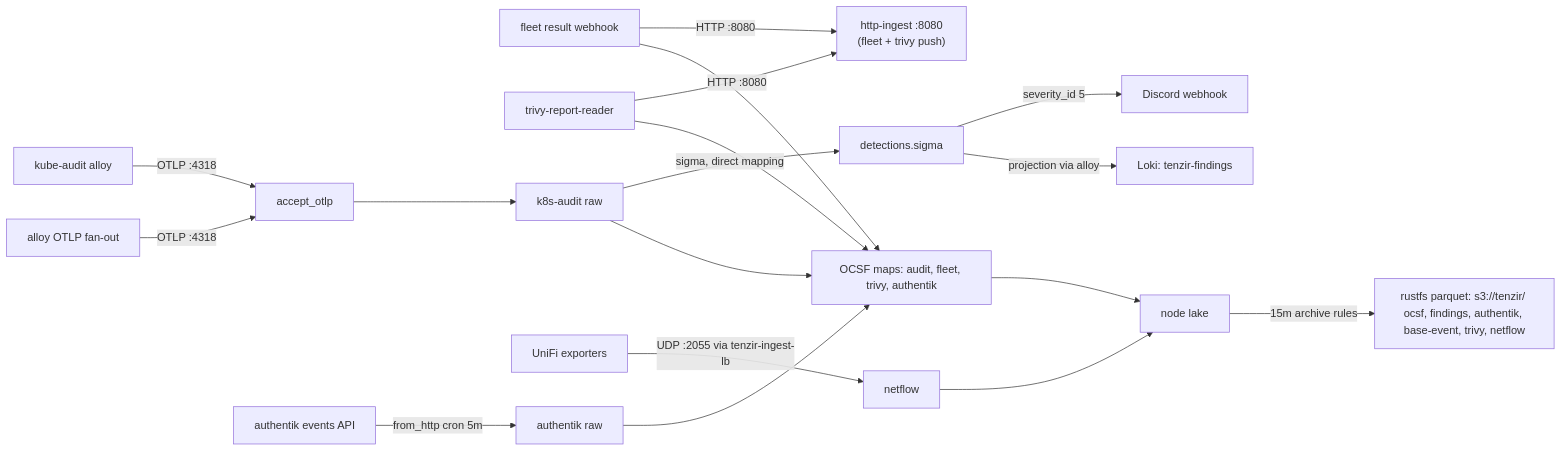
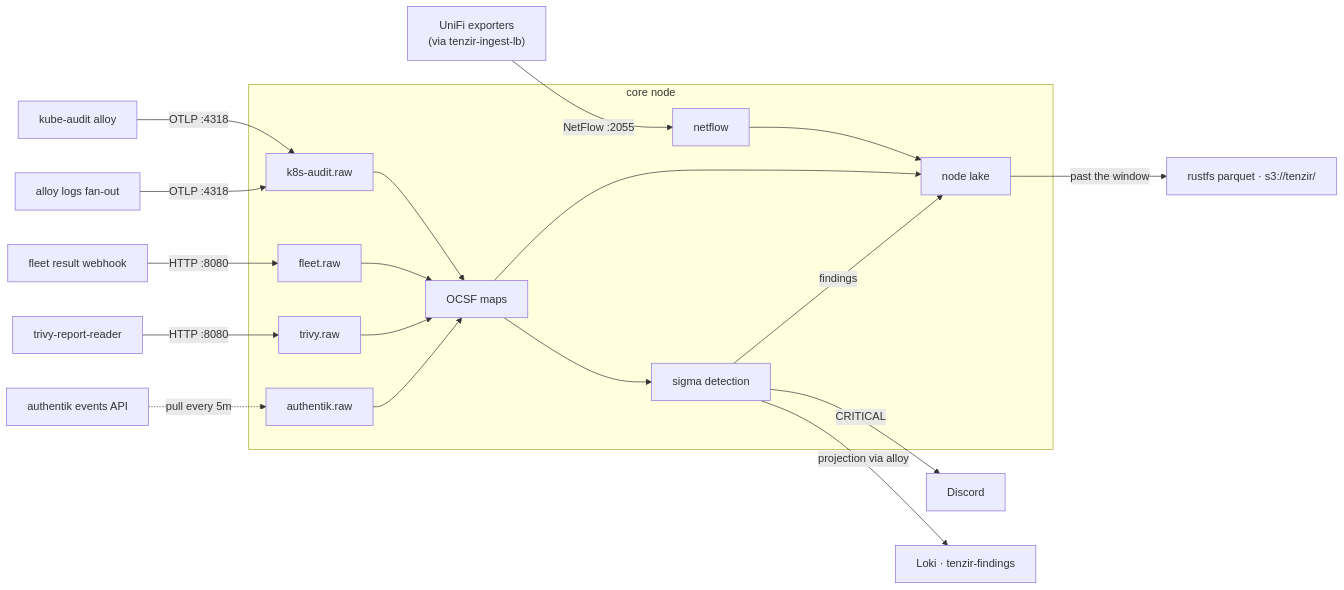
Before and after one commit to Apocrathia/homelab: the diagram in flux/manifests/03-services/observability/tenzir/core/README.md, drawn with Mermaid. The commit also changed other lines of this file and 2 other files, not shown here.

Commit message:
docs(observability): refine the tenzir diagrams
Root pattern chart redrawn to the target shape: parse -> OCSF -> sigma
(the detection restructure MR lands this), listener inside the node
boundary, plain Discord node, bare dashed platform edge, no doorbell
language. Core connectivity chart rewritten stage-linear: feeders with
ports into raw topics, OCSF maps -> sigma, lake and egress inside a core
node boundary. Math fences retagged python so the sizing arithmetic and
comments highlight.

````diff
--- a/flux/manifests/03-services/observability/tenzir/core/README.md
+++ b/flux/manifests/03-services/observability/tenzir/core/README.md
@@ -27,21 +27,24 @@
 ```mermaid
 flowchart LR
-    KAT[kube-audit alloy] -->|"OTLP :4318"| AO[accept_otlp]
-    ALY["alloy OTLP fan-out"] -->|"OTLP :4318"| AO
-    FRW["fleet result webhook"] -->|"HTTP :8080"| AH["http-ingest :8080<br/>(fleet + trivy push)"]
-    TRR[trivy-report-reader] -->|"HTTP :8080"| AH
-    AKE["authentik events API"] -->|"from_http cron 5m"| AR["authentik raw"]
-    UE["UniFi exporters"] -->|"UDP :2055 via tenzir-ingest-lb"| NF[netflow]
+    KAT["kube-audit alloy"] -->|"OTLP :4318"| AUD["k8s-audit.raw"]
+    ALY["alloy logs fan-out"] -->|"OTLP :4318"| AUD
+    FRW["fleet result webhook"] -->|"HTTP :8080"| FLT["fleet.raw"]
+    TRR["trivy-report-reader"] -->|"HTTP :8080"| TRV["trivy.raw"]
+    AKE["authentik events API"] -.->|"pull every 5m"| ATH["authentik.raw"]
+    UE["UniFi exporters<br/>(via tenzir-ingest-lb)"] -->|"NetFlow :2055"| NET["netflow"]
 
-    AO --> KR["k8s-audit raw"]
-    KR -->|"sigma, direct mapping"| SIG[detections.sigma]
-    SIG -->|"severity_id 5"| DSC["Discord webhook"]
-    SIG -->|"projection via alloy"| LOKI["Loki: tenzir-findings"]
-    KR --> MAP["OCSF maps: audit, fleet, trivy, authentik"]
-    AR --> MAP
-    FRW --> MAP
-    TRR --> MAP
-    NF --> LAKE["node lake"]
-    MAP --> LAKE
-    LAKE -->|"15m archive rules"| S3["rustfs parquet: s3://tenzir/ ocsf, findings, authentik, base-event, trivy, netflow"]
+    subgraph CORE["core node"]
+        AUD --> MAP["OCSF maps"]
+        FLT --> MAP
+        TRV --> MAP
+        ATH --> MAP
+        MAP --> SIG["sigma detection"]
+        NET --> LAKE["node lake"]
+        MAP --> LAKE
+        SIG -->|"findings"| LAKE
+    end
+
+    SIG -->|"CRITICAL"| DSC[Discord]
+    SIG -->|"projection via alloy"| LOKI["Loki · tenzir-findings"]
+    LAKE -->|"past the window"| RUST["rustfs parquet · s3://tenzir/"]
 ```
````
